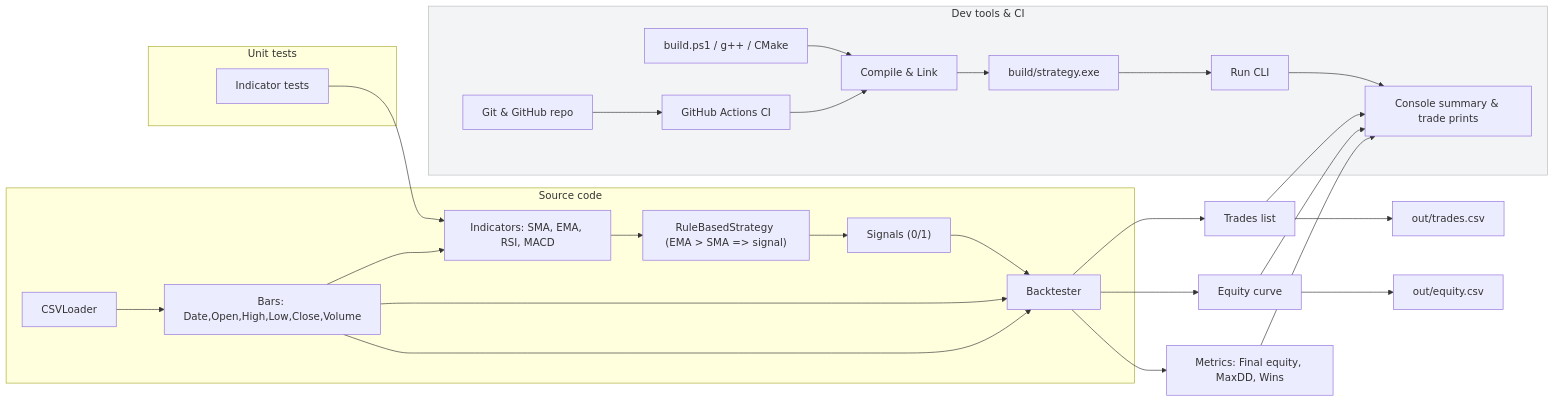
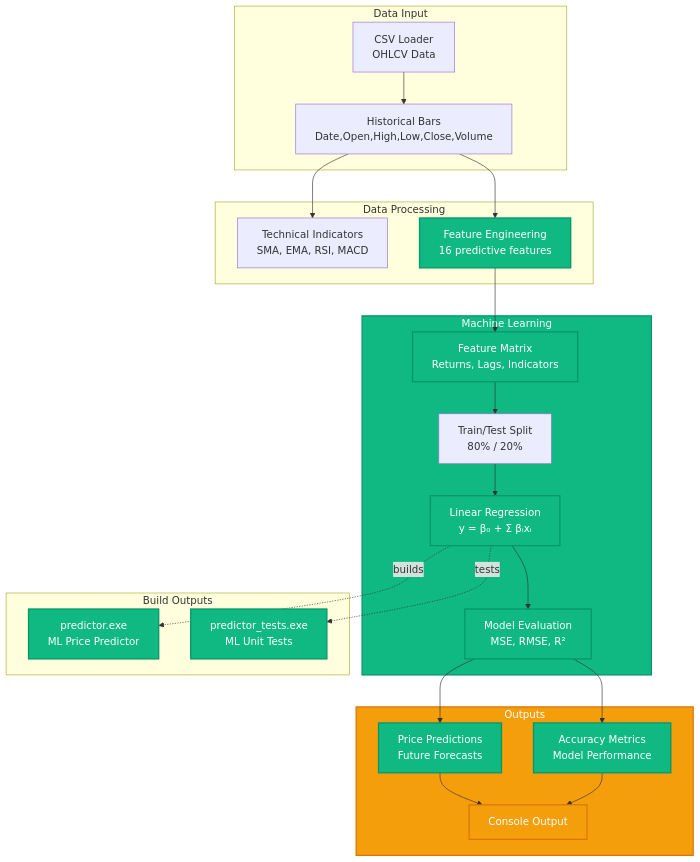
Before and after one commit to ShadowMonarch71/StockPrediction: the diagram in docs/architecture.mmd, drawn with Mermaid. The commit also changed 19 other files, not shown here.

Commit message:
added linear regression model

```diff
--- a/docs/architecture.mmd
+++ b/docs/architecture.mmd
@@ -1,39 +1,55 @@
-flowchart LR
-  %% Project flow for the Simple Strategy (C++)
-  subgraph Source [Source code]
-    CSV[CSVLoader] --> Bars["Bars: Date,Open,High,Low,Close,Volume"]
-    Indicators["Indicators: SMA, EMA, RSI, MACD"] --> Strategy["RuleBasedStrategy (EMA > SMA => signal)"]
-    Bars --> Indicators
-    Bars --> Backtester[Backtester]
-    Strategy --> Signals["Signals (0/1)"]
+flowchart TB
+  %% Updated architecture with ML prediction capabilities (predictor-only)
+
+  subgraph Input [Data Input]
+    CSV[CSV Loader<br/>OHLCV Data]
+    Bars[Historical Bars<br/>Date,Open,High,Low,Close,Volume]
   end
 
-  Bars --> Backtester
-  Signals --> Backtester
+  CSV --> Bars
 
-  Backtester --> Trades["Trades list"]
-  Backtester --> Equity["Equity curve"]
-
-  Trades --> OutConsole["Console summary & trade prints"]
-  Equity --> OutConsole
-  Trades --> OutCSV["out/trades.csv"]
-  Equity --> OutCSV2["out/equity.csv"]
-
-  Backtester --> Metrics["Metrics: Final equity, MaxDD, Wins"]
-  Metrics --> OutConsole
-
-  subgraph Tests [Unit tests]
-    IndicatorTests["Indicator tests"] --> Indicators
+  subgraph Processing [Data Processing]
+    Indicators[Technical Indicators<br/>SMA, EMA, RSI, MACD]
+    Features[Feature Engineering<br/>16 predictive features]
   end
 
-  subgraph Dev [Dev tools & CI]
-  Build["build.ps1 / g++ / CMake"] --> Compile["Compile & Link"]
-  Compile --> Binary["build/strategy.exe"]
-  Git["Git & GitHub repo"] --> CI["GitHub Actions CI"]
-  CI --> Compile
-  Binary --> Run["Run CLI"]
-  Run --> OutConsole
+  Bars --> Indicators
+  Bars --> Features
+
+  subgraph ML [Machine Learning]
+    FeatureMatrix[Feature Matrix<br/>Returns, Lags, Indicators]
+    TrainTest[Train/Test Split<br/>80% / 20%]
+    LinReg[Linear Regression<br/>y = β₀ + Σ βᵢxᵢ]
+    ModelEval[Model Evaluation<br/>MSE, RMSE, R²]
   end
 
-  classDef infra fill:#f3f4f6,stroke:#bbb,stroke-width:1px;
-  class Dev infra;
+  Features --> FeatureMatrix
+  FeatureMatrix --> TrainTest
+  TrainTest --> LinReg
+  LinReg --> ModelEval
+
+  %% Predictor outputs only
+  subgraph Output [Outputs]
+    PredOut[Price Predictions<br/>Future Forecasts]
+    Accuracy[Accuracy Metrics<br/>Model Performance]
+    Console[Console Output]
+  end
+
+  ModelEval --> PredOut
+  ModelEval --> Accuracy
+  PredOut --> Console
+  Accuracy --> Console
+
+  subgraph Executables [Build Outputs]
+    PredExe[predictor.exe<br/>ML Price Predictor]
+    PredTests[predictor_tests.exe<br/>ML Unit Tests]
+  end
+
+  LinReg -. builds .-> PredExe
+  LinReg -. tests .-> PredTests
+
+  classDef new fill:#10b981,stroke:#059669,color:#fff,stroke-width:2px;
+  classDef output fill:#f59e0b,stroke:#d97706,color:#fff,stroke-width:2px;
+
+  class ML,Features,FeatureMatrix,LinReg,ModelEval,PredOut,Accuracy,PredExe,PredTests new;
+  class Output,Console output;
```
